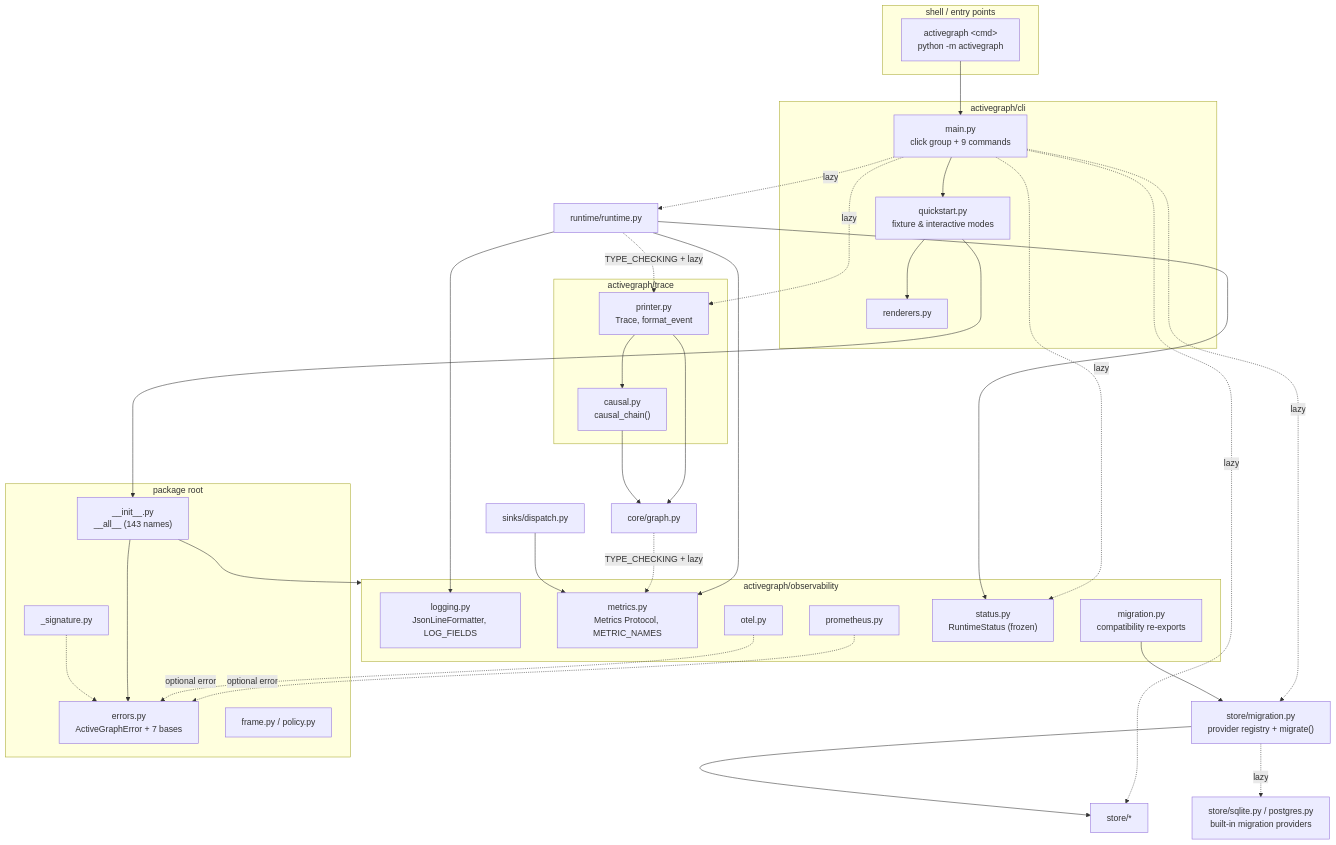
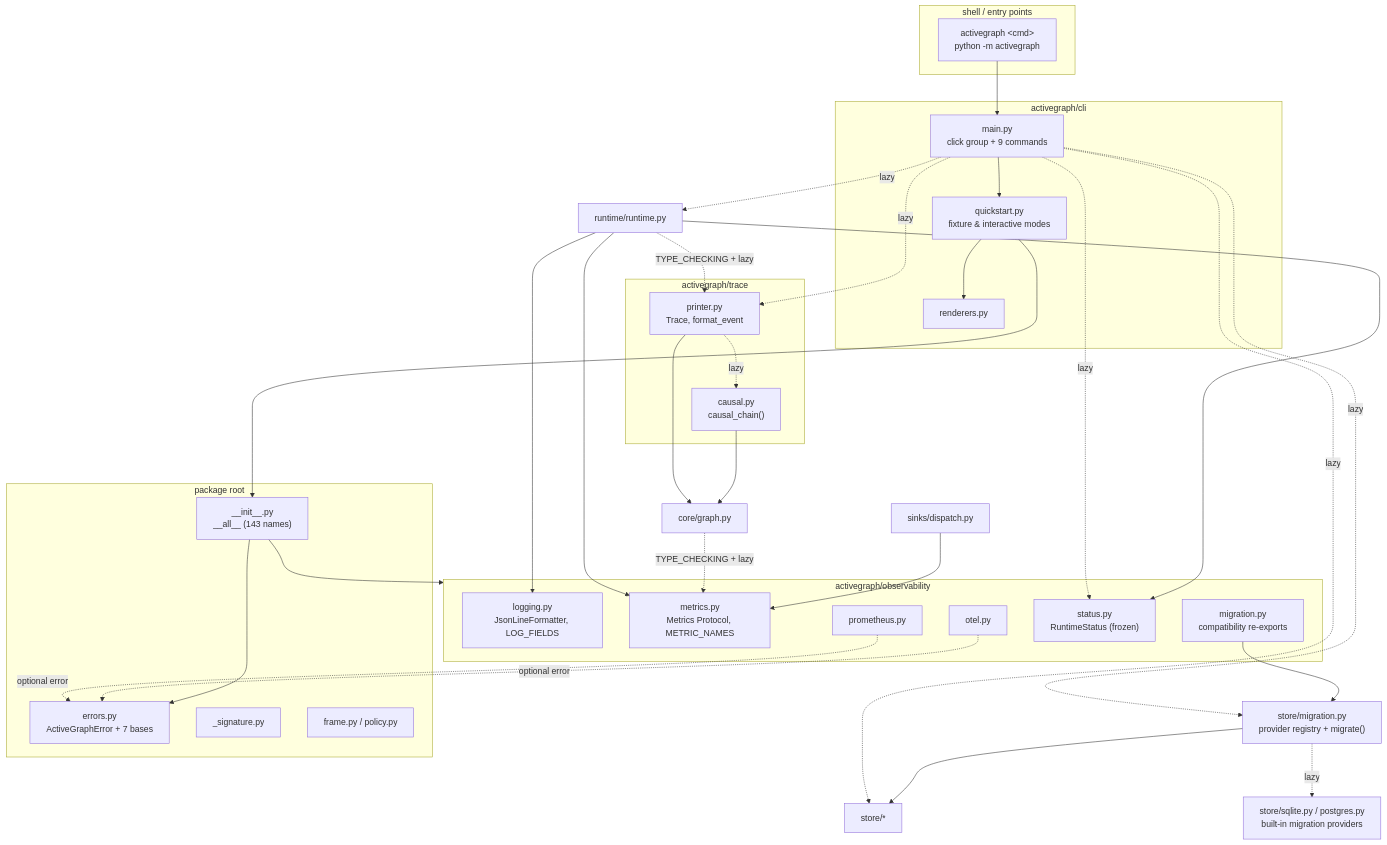
The first of 3 diagrams in specs/10-observability-trace-cli.md (tha-hammer/silmari-activegraph), drawn with Mermaid before and after one commit. The commit also changed other lines of this file, not shown here.

````diff
--- a/specs/10-observability-trace-cli.md
+++ b/specs/10-observability-trace-cli.md
@@ -44,69 +46,68 @@
 ```mermaid
 graph TD
     subgraph shell["shell / entry points"]
         SH["activegraph &lt;cmd&gt;<br/>python -m activegraph"]
     end
 
     subgraph cli["activegraph/cli"]
         MAIN["main.py<br/>click group + 9 commands"]
         QS["quickstart.py<br/>fixture &amp; interactive modes"]
         REND["renderers.py"]
     end
 
     subgraph obs["activegraph/observability"]
         LOG["logging.py<br/>JsonLineFormatter, LOG_FIELDS"]
         MET["metrics.py<br/>Metrics Protocol, METRIC_NAMES"]
         PROM["prometheus.py"]
         OTEL["otel.py"]
         STAT["status.py<br/>RuntimeStatus (frozen)"]
         MIGCOMPAT["migration.py<br/>compatibility re-exports"]
     end
 
     subgraph tr["activegraph/trace"]
         PRINT["printer.py<br/>Trace, format_event"]
         CAUS["causal.py<br/>causal_chain()"]
     end
 
     subgraph root["package root"]
         INIT["__init__.py<br/>__all__ (143 names)"]
         ERR["errors.py<br/>ActiveGraphError + 7 bases"]
         SIG["_signature.py"]
         FRM["frame.py / policy.py"]
     end
 
     RT["runtime/runtime.py"]
     CORE["core/graph.py"]
     SNK["sinks/dispatch.py"]
     STORE["store/*"]
     SMIG["store/migration.py<br/>provider registry + migrate()"]
     DRIVERS["store/sqlite.py / postgres.py<br/>built-in migration providers"]
 
     SH --> MAIN
     MAIN --> QS
     QS --> REND
     MAIN -. lazy .-> STAT
     MAIN -. lazy .-> SMIG
     MAIN -. lazy .-> PRINT
     MAIN -. lazy .-> RT
     MAIN -. lazy .-> STORE
     QS --> INIT
 
     RT --> LOG
     RT --> MET
     RT --> STAT
     RT -. TYPE_CHECKING + lazy .-> PRINT
     CORE -. TYPE_CHECKING + lazy .-> MET
     SNK --> MET
     PROM -. optional error .-> ERR
     OTEL -. optional error .-> ERR
     MIGCOMPAT --> SMIG
     SMIG --> STORE
     SMIG -. lazy .-> DRIVERS
-    PRINT --> CAUS
+    PRINT -. lazy .-> CAUS
     PRINT --> CORE
     CAUS --> CORE
 
     INIT --> obs
     INIT --> ERR
-    SIG -.-> ERR
 ```
````
